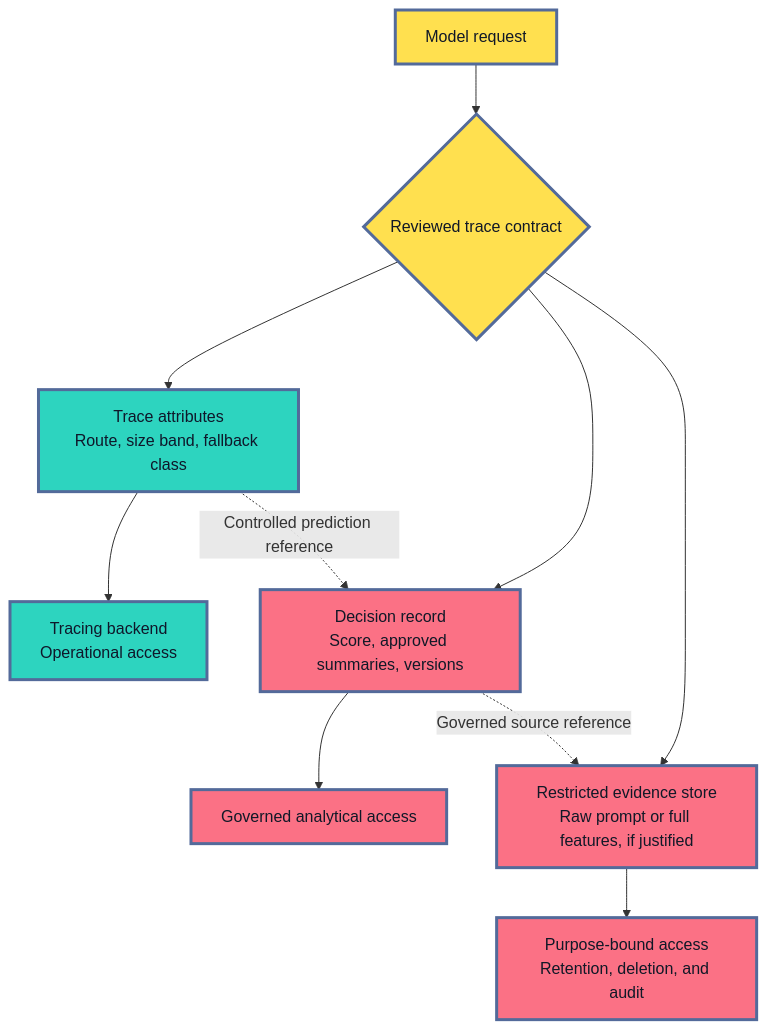
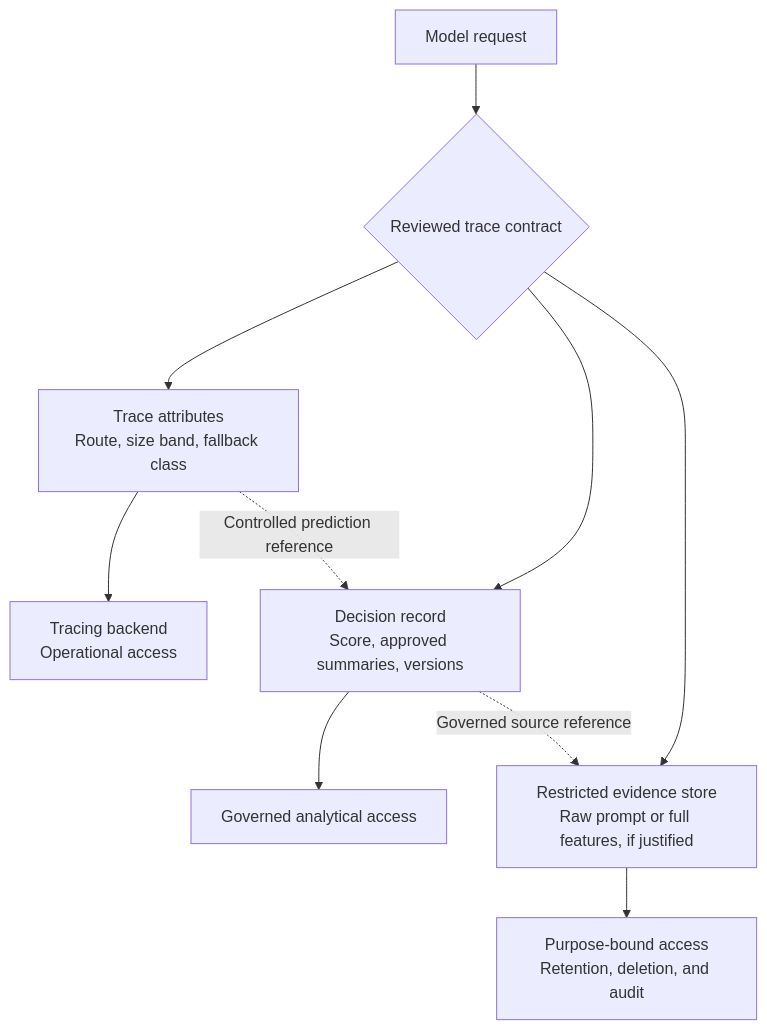
The tenth of 11 diagrams in roadmaps/mlops/modules/monitoring-and-feedback/system-observability/03-tracing-ml-services.md (senlinyy/dev-roadmaps), drawn with Mermaid before and after one commit. The commit also changed other lines of this file and 152 other files, not shown here.

Commit message:
feat: mlops and diagrams updated

````diff
--- a/roadmaps/mlops/modules/monitoring-and-feedback/system-observability/03-tracing-ml-services.md
+++ b/roadmaps/mlops/modules/monitoring-and-feedback/system-observability/03-tracing-ml-services.md
@@ -698,20 +677,17 @@
 ```mermaid
 flowchart TB
     A["Model request"] --> B{"Reviewed trace contract"}
     B --> C["Trace attributes<br/>Route, size band, fallback class"]
     B --> D["Decision record<br/>Score, approved summaries, versions"]
     B --> R["Restricted evidence store<br/>Raw prompt or full features, if justified"]
     C --> E["Tracing backend<br/>Operational access"]
     D --> F["Governed analytical access"]
     R --> G["Purpose-bound access<br/>Retention, deletion, and audit"]
     C -.->|"Controlled prediction reference"| D
     D -.->|"Governed source reference"| R
 
-    classDef input fill:#FFE04F,stroke:#536A9A,stroke-width:3px,color:#111827
-    classDef safe fill:#2DD4BF,stroke:#536A9A,stroke-width:3px,color:#0F172A
-    classDef governed fill:#FB7185,stroke:#536A9A,stroke-width:3px,color:#111827
     class A,B input
     class C,E safe
     class D,F governed
     class R,G governed
 ```
````
